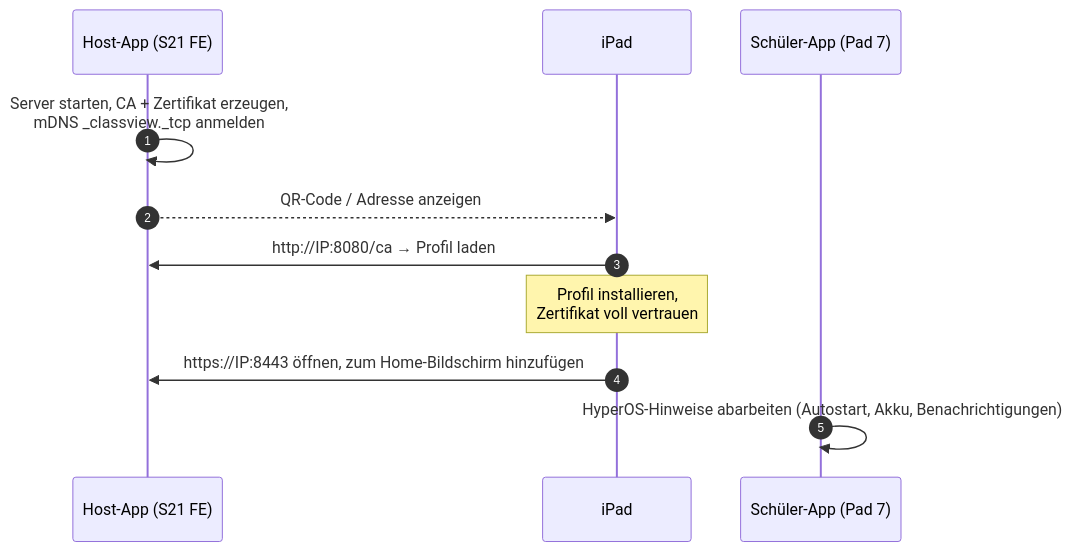
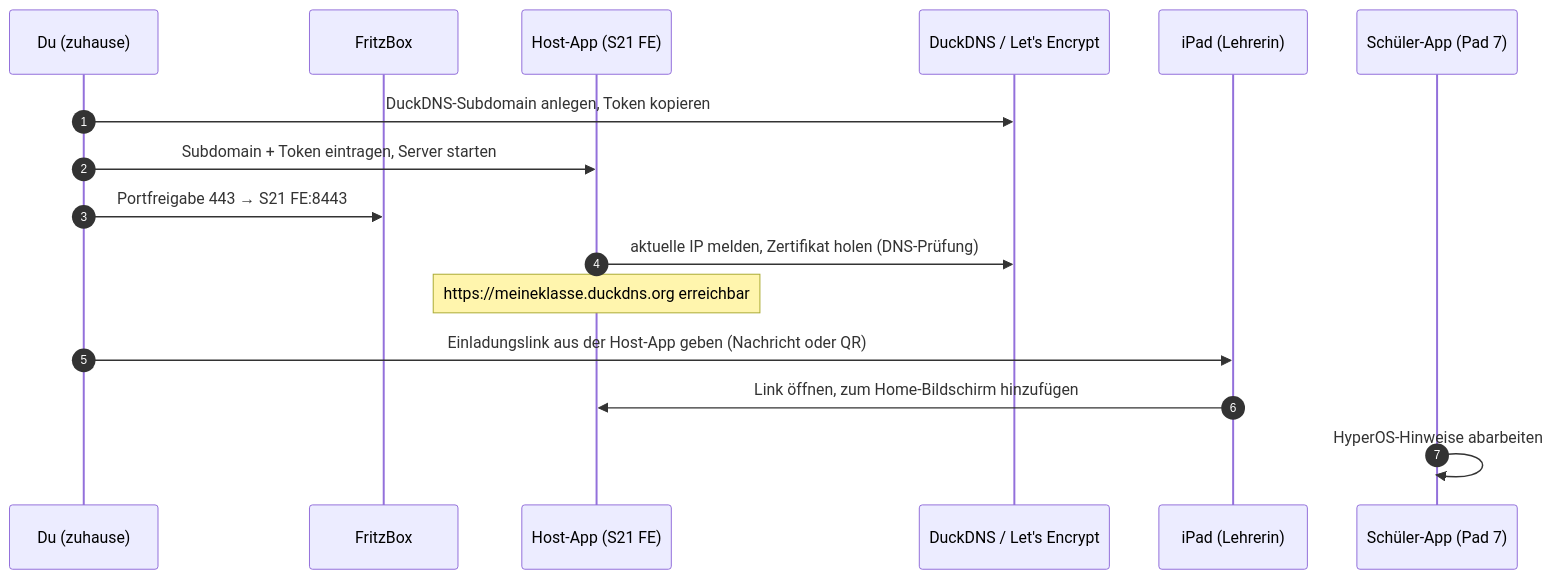
Before and after one commit to realcraftguy-com/Classview: the fifth of 8 diagrams in docs/architecture.md, drawn with Mermaid. The commit also changed other lines of this file and 3 other files, not shown here.

````diff
--- a/docs/architecture.md
+++ b/docs/architecture.md
@@ -410,14 +441,19 @@
 ```mermaid
 sequenceDiagram
     autonumber
+    participant U as Du (zuhause)
+    participant F as FritzBox
     participant H as Host-App (S21 FE)
-    participant L as iPad
+    participant D as DuckDNS / Let's Encrypt
+    participant L as iPad (Lehrerin)
     participant S as Schüler-App (Pad 7)
 
-    H->>H: Server starten, CA + Zertifikat erzeugen,<br/>mDNS _classview._tcp anmelden
-    H-->>L: QR-Code / Adresse anzeigen
-    L->>H: http://IP:8080/ca → Profil laden
-    Note over L: Profil installieren,<br/>Zertifikat voll vertrauen
-    L->>H: https://IP:8443 öffnen, zum Home-Bildschirm hinzufügen
-    S->>S: HyperOS-Hinweise abarbeiten (Autostart, Akku, Benachrichtigungen)
+    U->>D: DuckDNS-Subdomain anlegen, Token kopieren
+    U->>H: Subdomain + Token eintragen, Server starten
+    U->>F: Portfreigabe 443 → S21 FE:8443
+    H->>D: aktuelle IP melden, Zertifikat holen (DNS-Prüfung)
+    Note over H: https://meineklasse.duckdns.org erreichbar
+    U->>L: Einladungslink aus der Host-App geben (Nachricht oder QR)
+    L->>H: Link öffnen, zum Home-Bildschirm hinzufügen
+    S->>S: HyperOS-Hinweise abarbeiten
 ```
````
